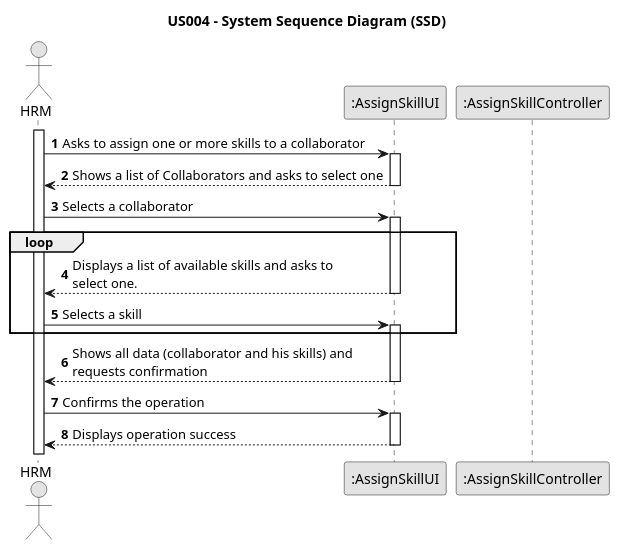
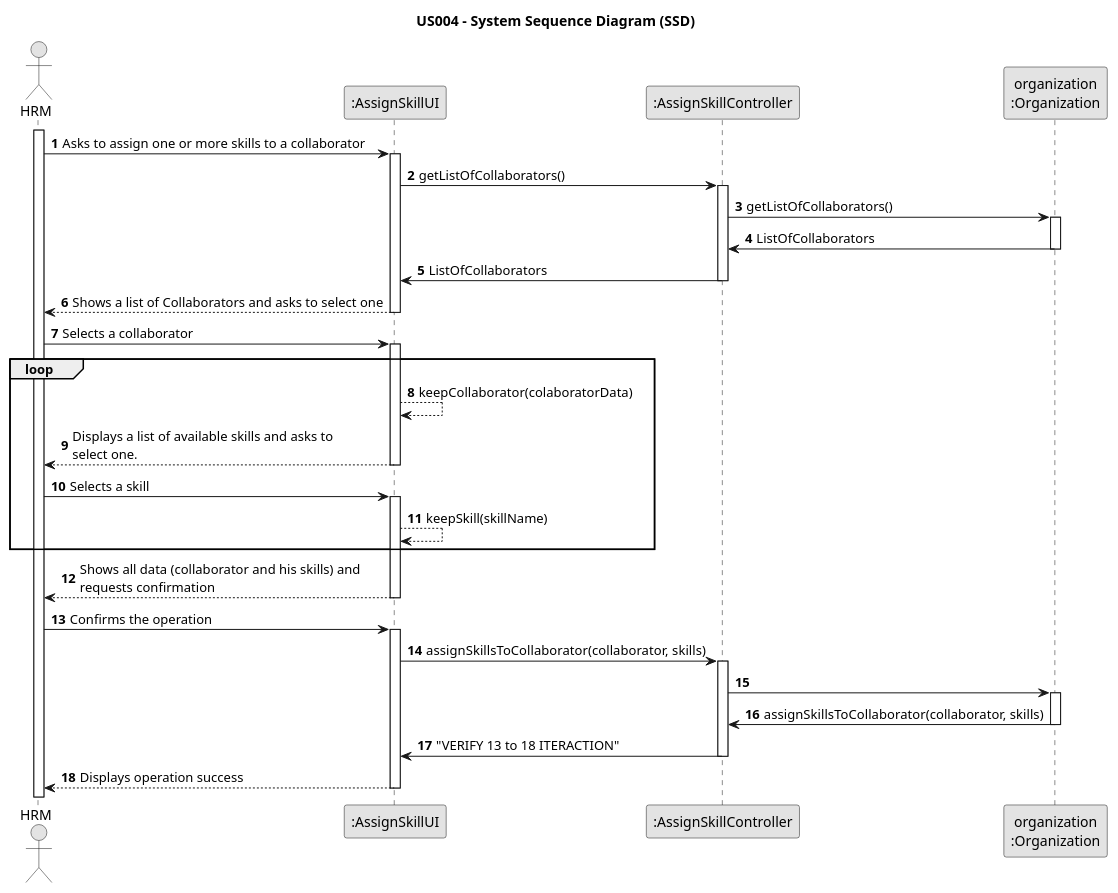
The diagram in docs/sprintB/us004/03.design/puml/us004-sequence-diagram.puml (Rui-San/LAPR2_2023_2024), drawn with PlantUML before and after one commit.

Commit message:
US004 (Design): Creation of Sequence Diagram (Still need to update the last iteraction (from 13 to 18).

```diff
--- a/docs/sprintB/us004/03.design/puml/us004-sequence-diagram.puml
+++ b/docs/sprintB/us004/03.design/puml/us004-sequence-diagram.puml
@@ -1,46 +1,85 @@
 @startuml
 skinparam monochrome true
 skinparam packageStyle rectangle
 skinparam shadowing false
 
 title US004 - System Sequence Diagram (SSD)
 
 autonumber
 
-actor "HRM" as Employee
+actor "HRM" as HRM
 participant ":AssignSkillUI" as UI
-participant ":AssignSkillController" as Controller
+participant ":AssignSkillController" as CTRL
+participant "organization\n:Organization" as ORG
 
-activate Employee
 
-    Employee -> UI : Asks to assign one or more skills to a collaborator
+activate HRM
+
+    HRM -> UI : Asks to assign one or more skills to a collaborator
+
     activate UI
 
-        UI --> Employee : Shows a list of Collaborators and asks to select one
+        UI -> CTRL : getListOfCollaborators()
+
+
+        activate CTRL
+            CTRL -> ORG : getListOfCollaborators()
+            activate ORG
+            ORG -> CTRL : ListOfCollaborators
+            deactivate ORG
+
+            CTRL -> UI : ListOfCollaborators
+
+
+
+
+        deactivate CTRL
+
+        UI --> HRM : Shows a list of Collaborators and asks to select one
     deactivate UI
 
-    Employee -> UI : Selects a collaborator
+    HRM -> UI : Selects a collaborator
+
+
+
+
 
     loop
 
     activate UI
+    UI --> UI : keepCollaborator(colaboratorData)
 
-        UI --> Employee : Displays a list of available skills and asks to \nselect one.
+        UI --> HRM : Displays a list of available skills and asks to \nselect one.
     deactivate UI
 
-    Employee -> UI : Selects a skill
+    HRM -> UI : Selects a skill
 
 
     activate UI
+
+    UI --> UI : keepSkill(skillName)
+
     end
 
-        UI --> Employee : Shows all data (collaborator and his skills) and \nrequests confirmation
+        UI --> HRM : Shows all data (collaborator and his skills) and \nrequests confirmation
     deactivate UI
 
-    Employee -> UI : Confirms the operation
+    HRM -> UI : Confirms the operation
     activate UI
 
-        UI --> Employee : Displays operation success
+    UI -> CTRL : assignSkillsToCollaborator(collaborator, skills)
+
+        activate CTRL
+        CTRL -> ORG
+            activate ORG
+            ORG ->CTRL : assignSkillsToCollaborator(collaborator, skills)
+
+            deactivate ORG
+
+            CTRL -> UI : "VERIFY 13 to 18 ITERACTION"
+        deactivate CTRL
+
+        UI --> HRM : Displays operation success
     deactivate UI
 
 @enduml
```
